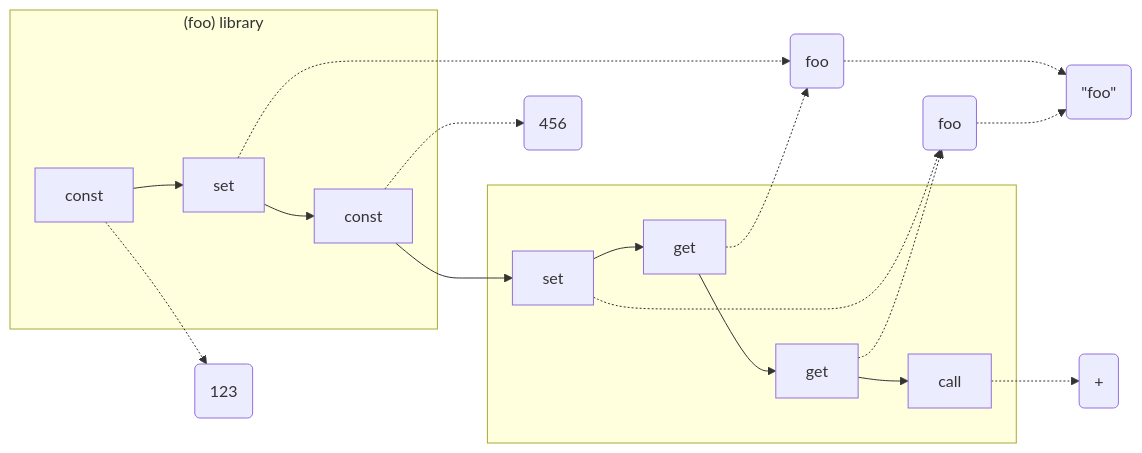
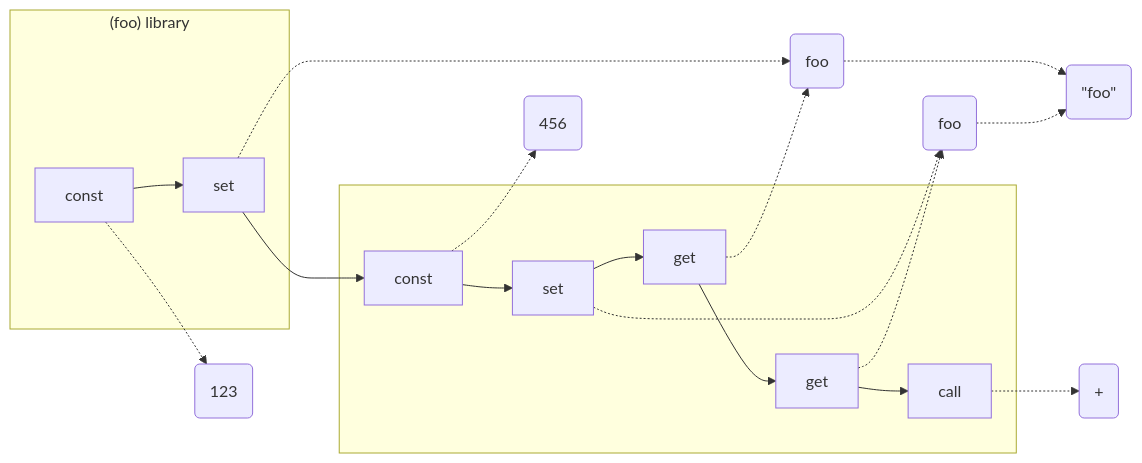
The diagram in slides/papers/stak-scheme/library-system.mmd (raviqqe/doc), drawn with Mermaid before and after one commit.

```diff
--- a/slides/papers/stak-scheme/library-system.mmd
+++ b/slides/papers/stak-scheme/library-system.mmd
@@ -1,20 +1,22 @@
 flowchart LR
   c1 -.-> d3(foo)
   c4 -.-> d3
   c3 -.-> d4(foo)
   c5 -.-> d4
   d3 -.-> d2(#quot;foo#quot;)
   d4 -.-> d2
 
   subgraph s0["(foo) library"]
-    c0[const] --> c1[set] --> c2
+    c0[const] --> c1[set]
   end
+
+  c1 --> c2
 
   subgraph s1[ ]
     c2[const] --> c3[set] --> c4
     c4[get] --> c5[get] --> c6[call]
   end
 
   c0 -.-> d0(123)
   c2 -.-> d1(456)
   c6 -.-> d5(+)
```
